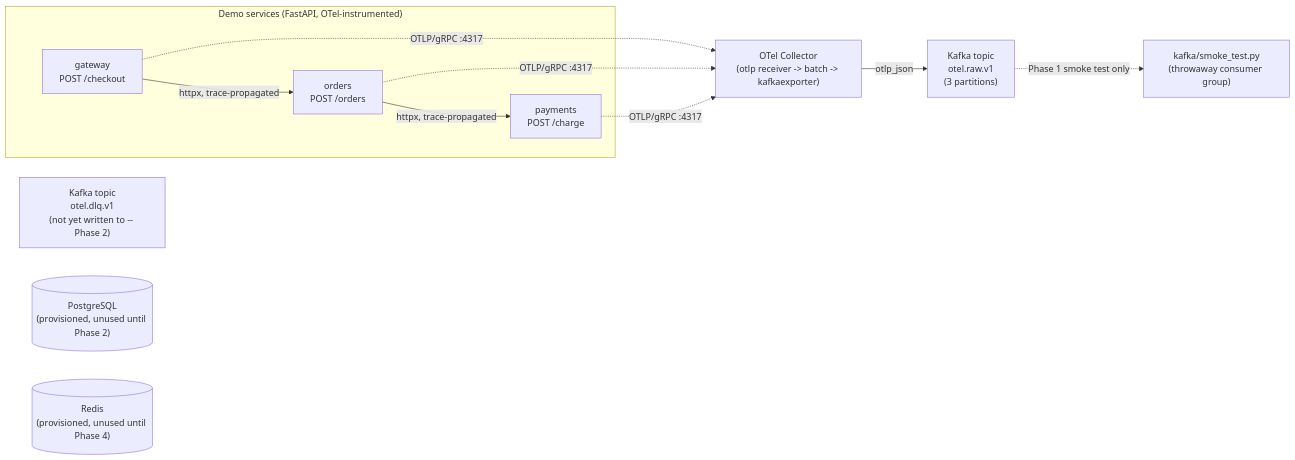
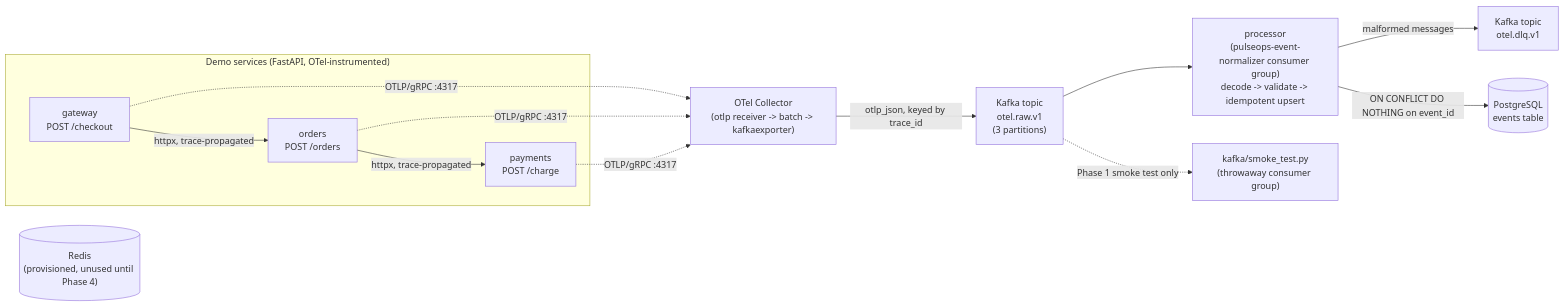
The diagram in README.md (Prabhas-1505/pulseops), drawn with Mermaid before and after one commit. The commit also changed other lines of this file and 23 other files, not shown here.

First line of the commit message:
Phase 2: normalized event schema, idempotent Postgres persistence, DLQ

````diff
--- a/README.md
+++ b/README.md
@@ -16,19 +16,21 @@
 ```mermaid
 flowchart LR
     subgraph Demo["Demo services (FastAPI, OTel-instrumented)"]
         GW["gateway\nPOST /checkout"] -->|httpx, trace-propagated| ORD["orders\nPOST /orders"]
         ORD -->|httpx, trace-propagated| PAY["payments\nPOST /charge"]
     end
 
     GW -. OTLP/gRPC :4317 .-> OTEL["OTel Collector\n(otlp receiver -> batch -> kafkaexporter)"]
     ORD -. OTLP/gRPC :4317 .-> OTEL
     PAY -. OTLP/gRPC :4317 .-> OTEL
 
-    OTEL -->|otlp_json| RAW["Kafka topic\notel.raw.v1\n(3 partitions)"]
-    DLQ["Kafka topic\notel.dlq.v1\n(not yet written to -- Phase 2)"]
+    OTEL -->|otlp_json, keyed by trace_id| RAW["Kafka topic\notel.raw.v1\n(3 partitions)"]
+
+    RAW --> PROC["processor\n(pulseops-event-normalizer consumer group)\ndecode -> validate -> idempotent upsert"]
+    PROC -->|malformed messages| DLQ["Kafka topic\notel.dlq.v1"]
+    PROC -->|ON CONFLICT DO NOTHING on event_id| PG[("PostgreSQL\nevents table")]
 
     RAW -.->|Phase 1 smoke test only| SMOKE["kafka/smoke_test.py\n(throwaway consumer group)"]
 
-    PG[("PostgreSQL\n(provisioned, unused until Phase 2)")]
     REDIS[("Redis\n(provisioned, unused until Phase 4)")]
 ```
````
